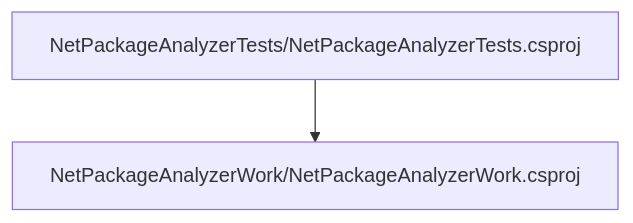
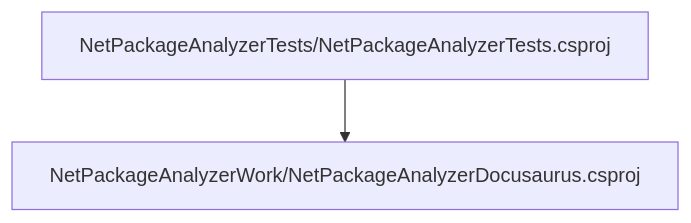
One commit to ignatandrei/PackageAnalyzer changed the first of 3 diagrams in src/documentation/docs/Analysis/NetPackageAnalyzer/Projects/NetPackageAnalyzerTests/ProjectReferences.md. Above: the diagram before and after it, drawn with Mermaid. The commit also changed other lines of this file and 172 other files, not shown here.

````diff
--- a/src/documentation/docs/Analysis/NetPackageAnalyzer/Projects/NetPackageAnalyzerTests/ProjectReferences.md
+++ b/src/documentation/docs/Analysis/NetPackageAnalyzer/Projects/NetPackageAnalyzerTests/ProjectReferences.md
@@ -6,19 +6,19 @@
 ```mermaid
 graph TB    
 
 NetPackageAnalyzerTests[NetPackageAnalyzerTests/NetPackageAnalyzerTests.csproj]
 
 %% find a way to interpret first the path
 %% click NetPackageAnalyzerTests "pathname:///docs/Analysis/NetPackageAnalyzer/Projects/NetPackageAnalyzerTests/ProjectReferences" "NetPackageAnalyzerTests/NetPackageAnalyzerTests.csproj"
 
 
-NetPackageAnalyzerWork[NetPackageAnalyzerWork/NetPackageAnalyzerWork.csproj]
+NetPackageAnalyzerDocusaurus[NetPackageAnalyzerWork/NetPackageAnalyzerDocusaurus.csproj]
 
-NetPackageAnalyzerTests-->NetPackageAnalyzerWork
+NetPackageAnalyzerTests-->NetPackageAnalyzerDocusaurus
 
 %% find a way to interpret first the path
-%% click NetPackageAnalyzerWork "pathname:///docs/Analysis/NetPackageAnalyzer/Projects/NetPackageAnalyzerWork/ProjectReferences" "NetPackageAnalyzerWork/NetPackageAnalyzerWork.csproj"
+%% click NetPackageAnalyzerDocusaurus "pathname:///docs/Analysis/NetPackageAnalyzer/Projects/NetPackageAnalyzerDocusaurus/ProjectReferences" "NetPackageAnalyzerWork/NetPackageAnalyzerDocusaurus.csproj"
 
 
 
 ```
````
